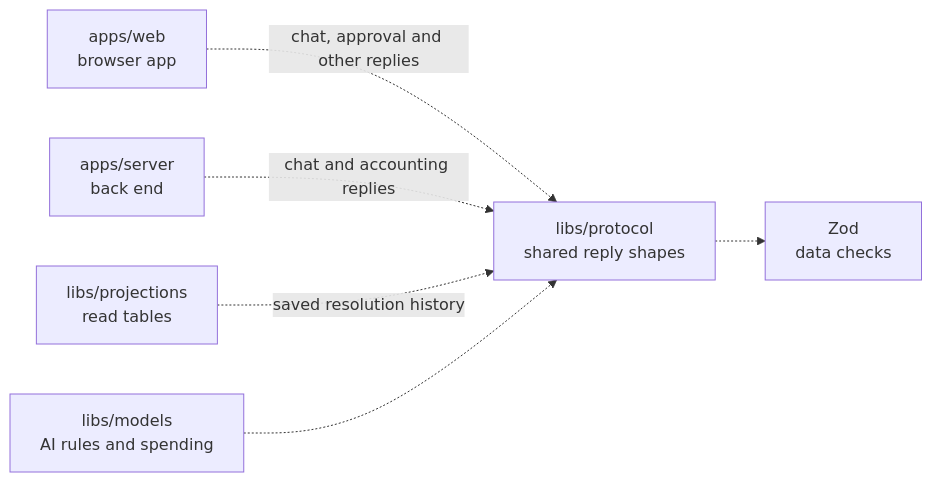
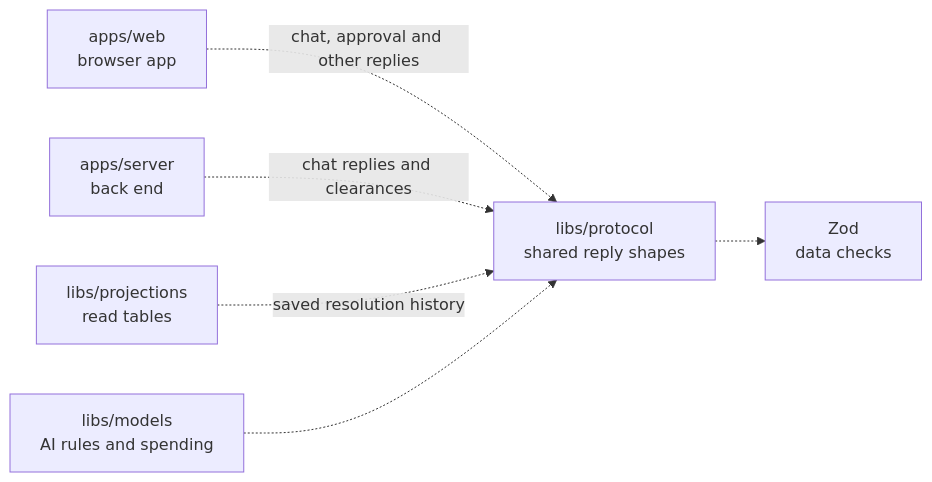
The diagram in libs/protocol/README.md (elewa-git/opencrane-new), drawn with Mermaid before and after one commit. The commit also changed other lines of this file and 11 other files, not shown here.

````diff
--- a/libs/protocol/README.md
+++ b/libs/protocol/README.md
@@ -34,8 +34,8 @@
 ```mermaid
 flowchart LR
   web["apps/web<br/>browser app"] -.->|chat, approval and other replies| protocol["libs/protocol<br/>shared reply shapes"]
-  server["apps/server<br/>back end"] -.->|chat and accounting replies| protocol
+  server["apps/server<br/>back end"] -.->|chat replies and clearances| protocol
   projections["libs/projections<br/>read tables"] -.->|saved resolution history| protocol
   models["libs/models<br/>AI rules and spending"] -.-> protocol
   protocol -.-> zod["Zod<br/>data checks"]
 ```
````
